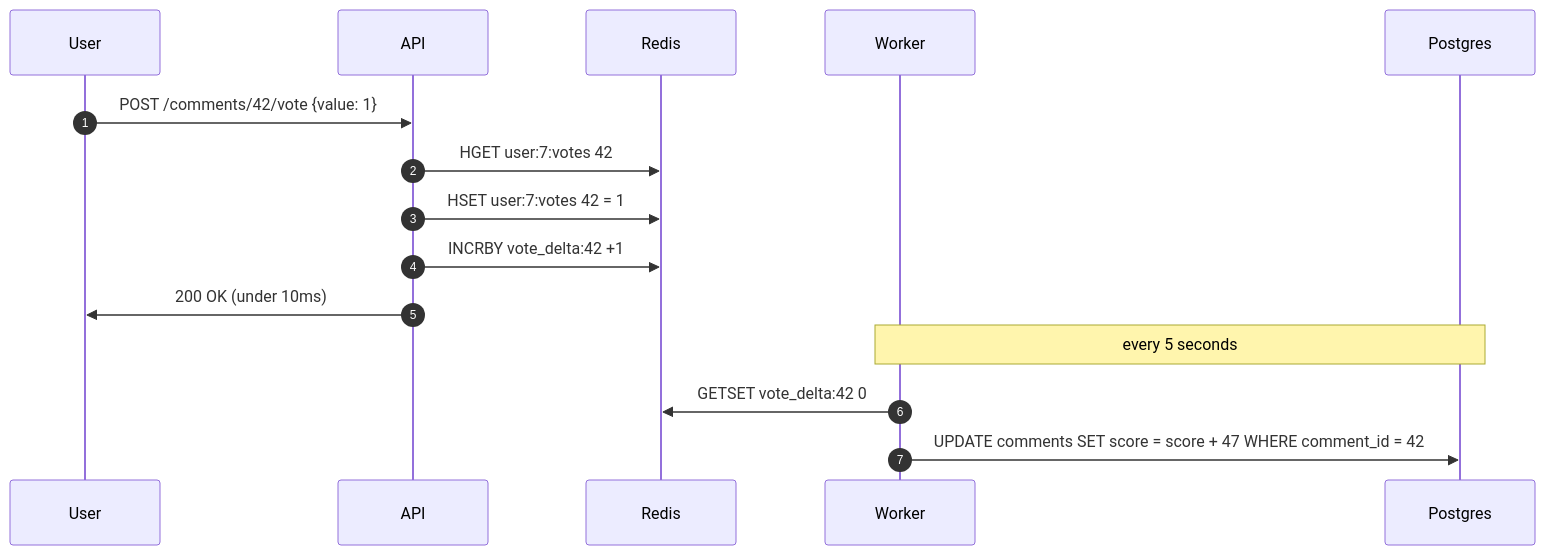
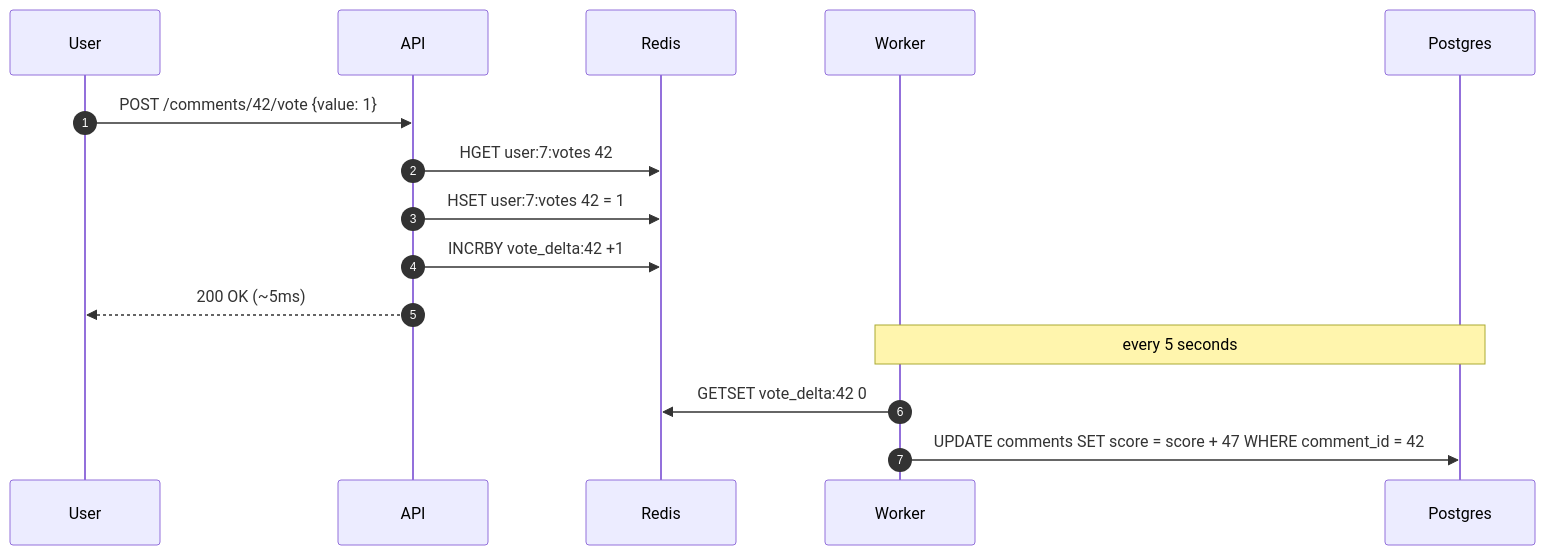
One commit to shiningflash/system-design changed the second of 5 diagrams in problems/015-comment-system/solution.md. Above: the diagram before and after it, drawn with Mermaid. The commit also changed other lines of this file and 37 other files, not shown here.

````diff
--- a/problems/015-comment-system/solution.md
+++ b/problems/015-comment-system/solution.md
@@ -303,19 +293,19 @@
 ```mermaid
 sequenceDiagram
     autonumber
     participant User
     participant API
     participant Redis
     participant Worker
     participant DB as Postgres
 
     User->>API: POST /comments/42/vote {value: 1}
     API->>Redis: HGET user:7:votes 42
     API->>Redis: HSET user:7:votes 42 = 1
     API->>Redis: INCRBY vote_delta:42 +1
-    API->>User: 200 OK (under 10ms)
+    API-->>User: 200 OK (~5ms)
 
     Note over Worker,DB: every 5 seconds
     Worker->>Redis: GETSET vote_delta:42 0
     Worker->>DB: UPDATE comments SET score = score + 47 WHERE comment_id = 42
 ```
````
